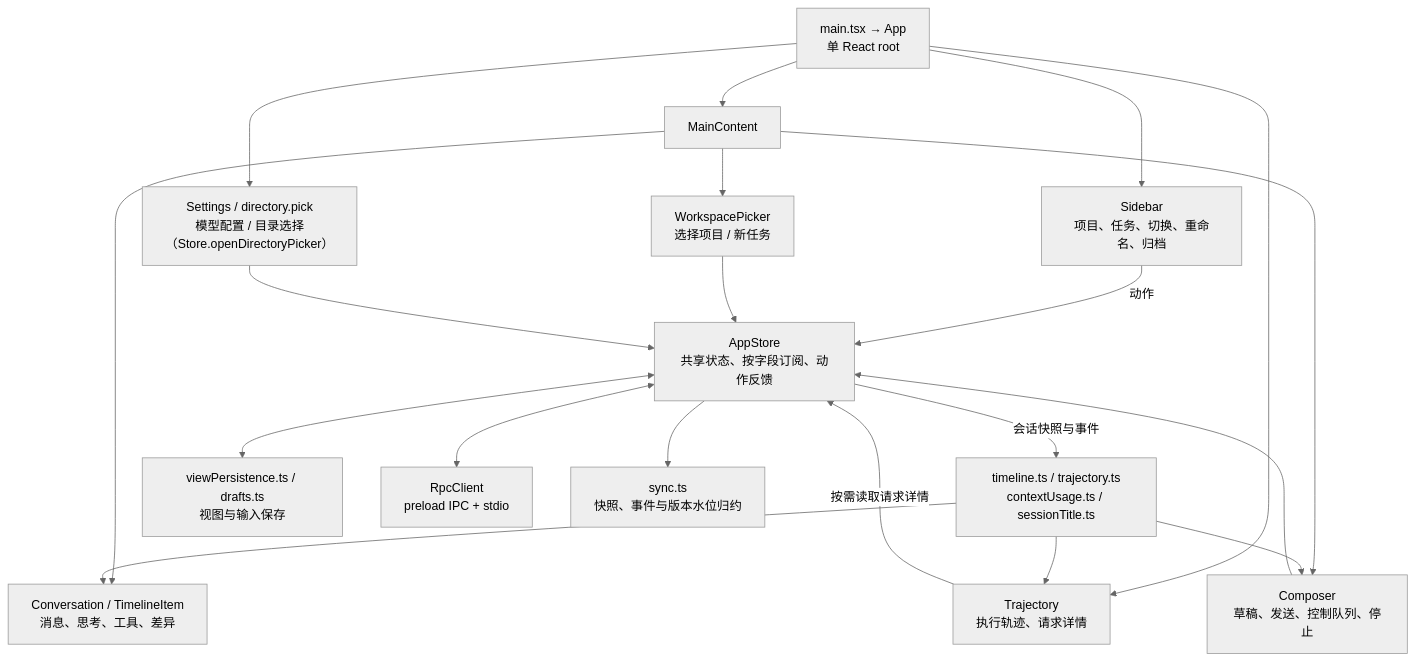
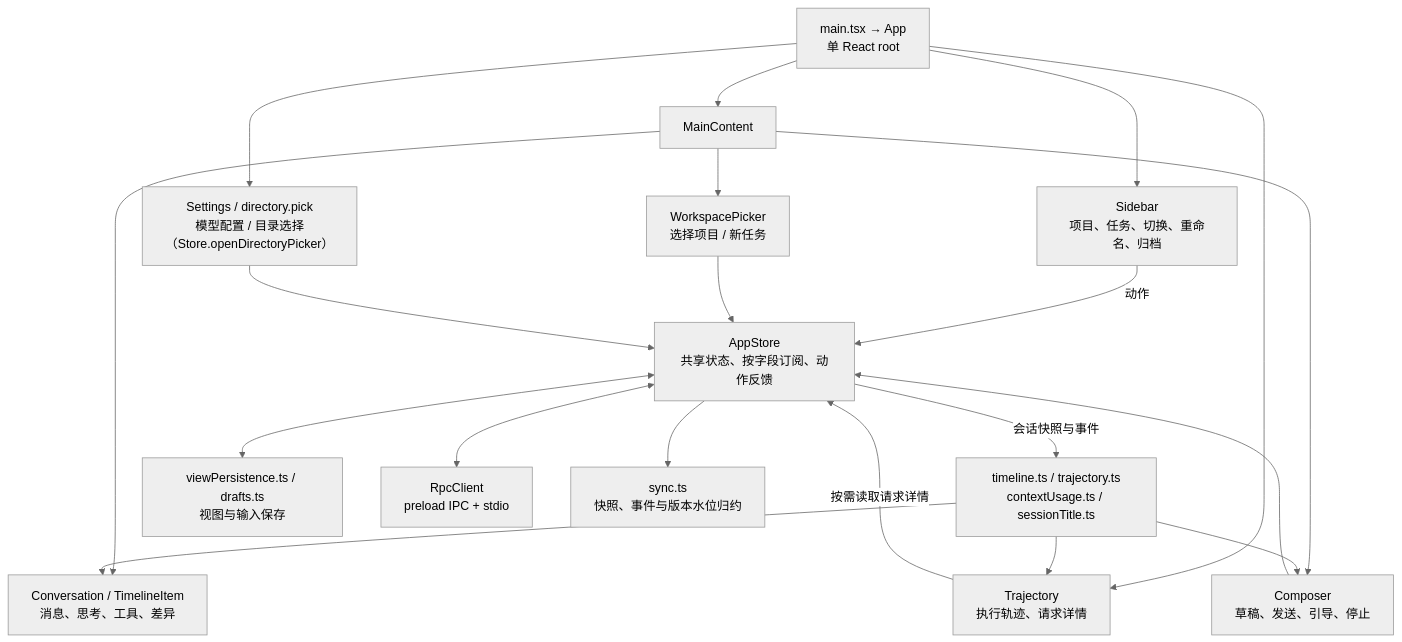
One commit to qjcnmd/singularity-agent changed the seventh of 28 diagrams in docs/architecture.md. Above: the diagram before and after it, drawn with Mermaid (neutral theme). The commit also changed other lines of this file and 38 other files, not shown here.

````diff
--- a/docs/architecture.md
+++ b/docs/architecture.md
@@ -199,22 +199,22 @@
 ```mermaid
 flowchart TB
     Root["main.tsx → App<br/>单 React root"] --> Sidebar["Sidebar<br/>项目、任务、切换、重命名、归档"]
     Root --> Main["MainContent"]
     Main --> Workspace["WorkspacePicker<br/>选择项目 / 新任务"]
     Main --> ConversationView["Conversation / TimelineItem<br/>消息、思考、工具、差异"]
-    Main --> Composer["Composer<br/>草稿、发送、控制队列、停止"]
+    Main --> Composer["Composer<br/>草稿、发送、引导、停止"]
     Root --> Trajectory["Trajectory<br/>执行轨迹、请求详情"]
     Root --> Settings["Settings / directory.pick<br/>模型配置 / 目录选择（Store.openDirectoryPicker）"]
     Sidebar -->|"动作"| Store["AppStore<br/>共享状态、按字段订阅、动作反馈"]
     Workspace --> Store
     Composer --> Store
     Settings --> Store
     Trajectory -->|"按需读取请求详情"| Store
     Store -->|"会话快照与事件"| Derived["timeline.ts / trajectory.ts<br/>contextUsage.ts / sessionTitle.ts"]
     Derived --> ConversationView
     Derived --> Trajectory
     Derived --> Composer
     Store <--> Persistence["viewPersistence.ts / drafts.ts<br/>视图与输入保存"]
     Store <--> Connection["RpcClient<br/>preload IPC + stdio"]
     Store --> Sync["sync.ts<br/>快照、事件与版本水位归约"]
 ```
````
